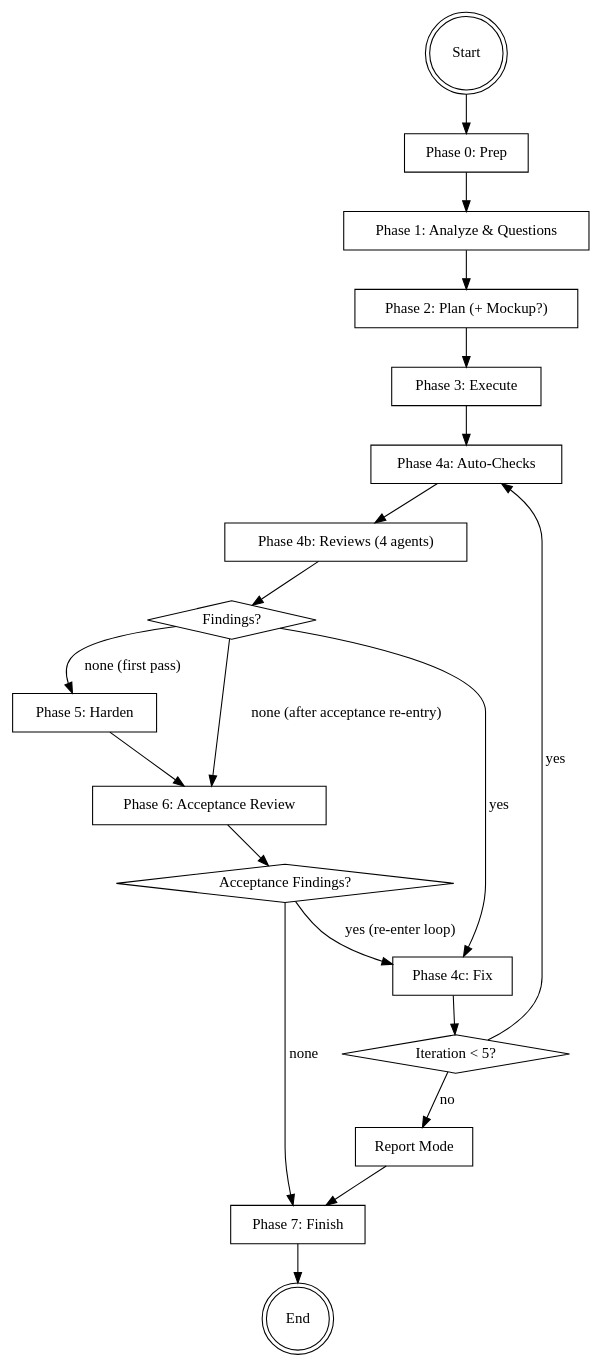
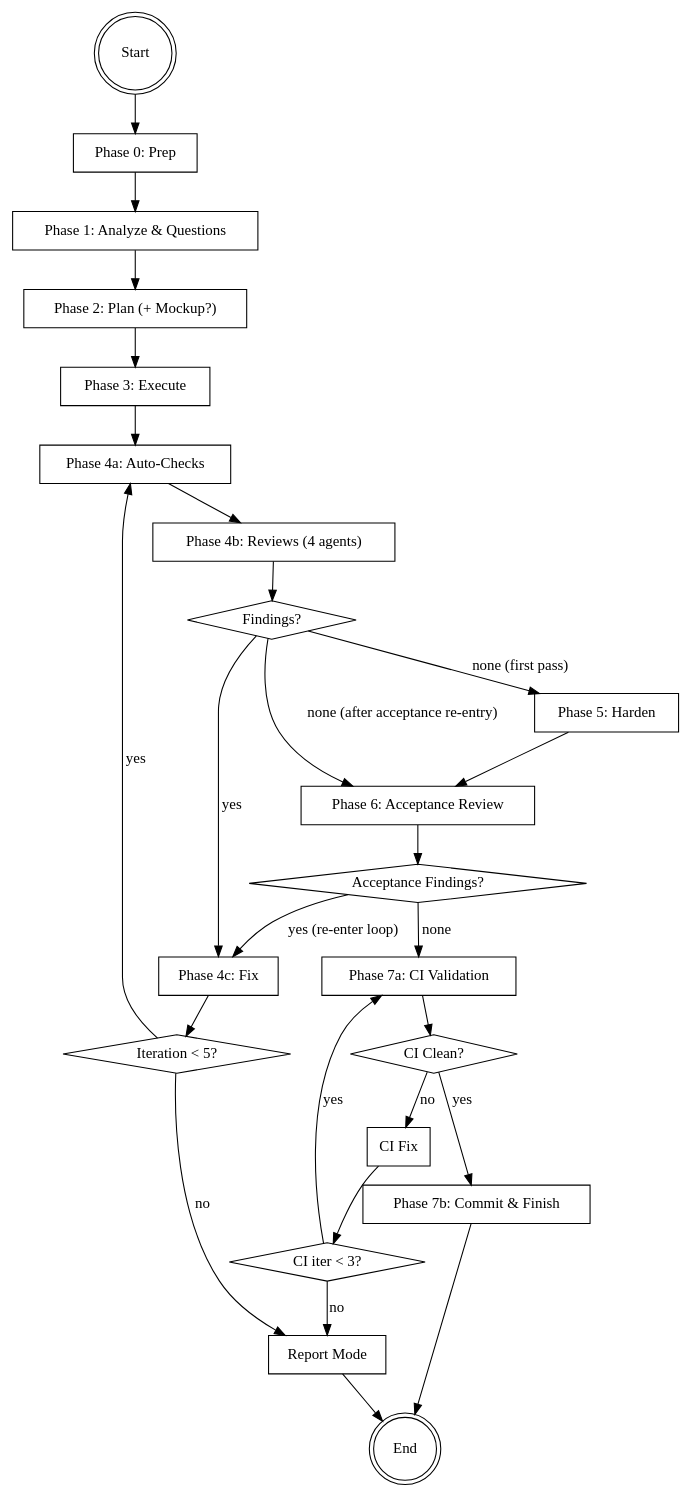
One commit to Lazybone/Codewright changed the diagram in skills/auto-dev/SKILL.md. Above: the diagram before and after it, drawn with Graphviz. The commit also changed other lines of this file and 9 other files, not shown here.

````diff
--- a/skills/auto-dev/SKILL.md
+++ b/skills/auto-dev/SKILL.md
@@ -45,41 +47,51 @@
 ```dot
 digraph auto_dev {
     rankdir=TB;
     "Start" [shape=doublecircle];
     "Phase 0: Prep" [shape=box];
     "Phase 1: Analyze & Questions" [shape=box];
     "Phase 2: Plan (+ Mockup?)" [shape=box];
     "Phase 3: Execute" [shape=box];
     "Phase 4a: Auto-Checks" [shape=box];
     "Phase 4b: Reviews (4 agents)" [shape=box];
     "Findings?" [shape=diamond];
     "Phase 4c: Fix" [shape=box];
     "Iteration < 5?" [shape=diamond];
     "Report Mode" [shape=box];
     "Phase 5: Harden" [shape=box];
     "Phase 6: Acceptance Review" [shape=box];
     "Acceptance Findings?" [shape=diamond];
-    "Phase 7: Finish" [shape=box];
+    "Phase 7a: CI Validation" [shape=box];
+    "CI Clean?" [shape=diamond];
+    "CI Fix" [shape=box];
+    "CI iter < 3?" [shape=diamond];
+    "Phase 7b: Commit & Finish" [shape=box];
     "End" [shape=doublecircle];
 
     "Start" -> "Phase 0: Prep";
     "Phase 0: Prep" -> "Phase 1: Analyze & Questions";
     "Phase 1: Analyze & Questions" -> "Phase 2: Plan (+ Mockup?)";
     "Phase 2: Plan (+ Mockup?)" -> "Phase 3: Execute";
     "Phase 3: Execute" -> "Phase 4a: Auto-Checks";
     "Phase 4a: Auto-Checks" -> "Phase 4b: Reviews (4 agents)";
     "Phase 4b: Reviews (4 agents)" -> "Findings?";
     "Findings?" -> "Phase 5: Harden" [label="none (first pass)"];
     "Findings?" -> "Phase 6: Acceptance Review" [label="none (after acceptance re-entry)"];
     "Findings?" -> "Phase 4c: Fix" [label="yes"];
     "Phase 4c: Fix" -> "Iteration < 5?";
     "Iteration < 5?" -> "Phase 4a: Auto-Checks" [label="yes"];
     "Iteration < 5?" -> "Report Mode" [label="no"];
-    "Report Mode" -> "Phase 7: Finish";
+    "Report Mode" -> "End";
     "Phase 5: Harden" -> "Phase 6: Acceptance Review";
     "Phase 6: Acceptance Review" -> "Acceptance Findings?";
-    "Acceptance Findings?" -> "Phase 7: Finish" [label="none"];
+    "Acceptance Findings?" -> "Phase 7a: CI Validation" [label="none"];
     "Acceptance Findings?" -> "Phase 4c: Fix" [label="yes (re-enter loop)"];
-    "Phase 7: Finish" -> "End";
+    "Phase 7a: CI Validation" -> "CI Clean?";
+    "CI Clean?" -> "Phase 7b: Commit & Finish" [label="yes"];
+    "CI Clean?" -> "CI Fix" [label="no"];
+    "CI Fix" -> "CI iter < 3?";
+    "CI iter < 3?" -> "Phase 7a: CI Validation" [label="yes"];
+    "CI iter < 3?" -> "Report Mode" [label="no"];
+    "Phase 7b: Commit & Finish" -> "End";
 }
 ```
````
